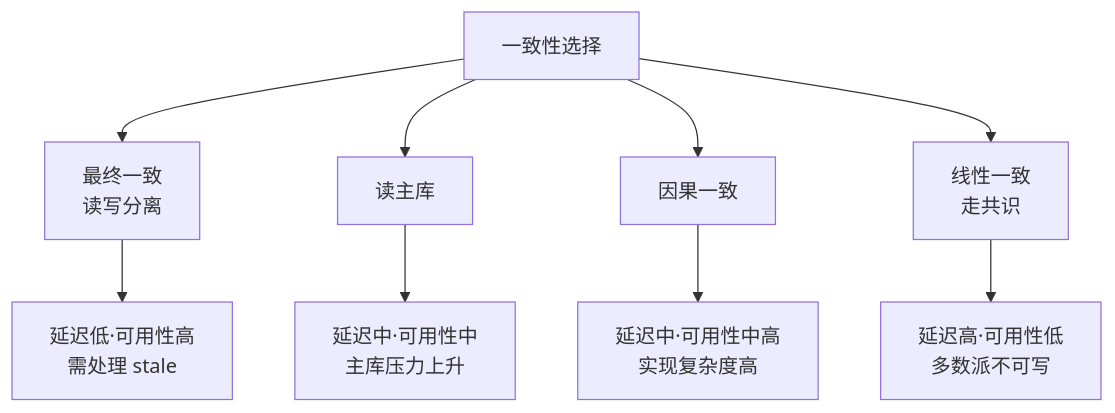
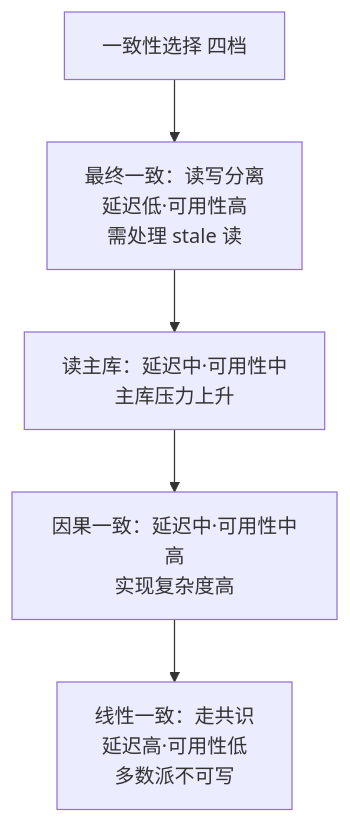
One commit to hub138/technical-knowledge changed the second of 2 diagrams in vault/工程知识/后端系统：在并发、失败与变化中维持服务/分布式可靠性/一致性模型与共识解决不同问题.md. Above: the diagram before and after it, drawn with Mermaid. The commit also changed other lines of this file and 622 other files, not shown here.

````diff
--- a/vault/工程知识/后端系统：在并发、失败与变化中维持服务/分布式可靠性/一致性模型与共识解决不同问题.md
+++ b/vault/工程知识/后端系统：在并发、失败与变化中维持服务/分布式可靠性/一致性模型与共识解决不同问题.md
@@ -242,11 +276,7 @@
 ```mermaid
 graph TD
-    S["一致性选择"] --> A["最终一致<br/>读写分离"]
-    A --> A1["延迟低·可用性高<br/>需处理 stale"]
-    S --> B["读主库"]
-    B --> B1["延迟中·可用性中<br/>主库压力上升"]
-    S --> C["因果一致"]
-    C --> C1["延迟中·可用性中高<br/>实现复杂度高"]
-    S --> D["线性一致<br/>走共识"]
-    D --> D1["延迟高·可用性低<br/>多数派不可写"]
+    S["一致性选择 四档"] --> A["最终一致：读写分离<br/>延迟低·可用性高<br/>需处理 stale 读"]
+    A --> B["读主库：延迟中·可用性中<br/>主库压力上升"]
+    B --> C["因果一致：延迟中·可用性中高<br/>实现复杂度高"]
+    C --> D["线性一致：走共识<br/>延迟高·可用性低<br/>多数派不可写"]
 ```
````
